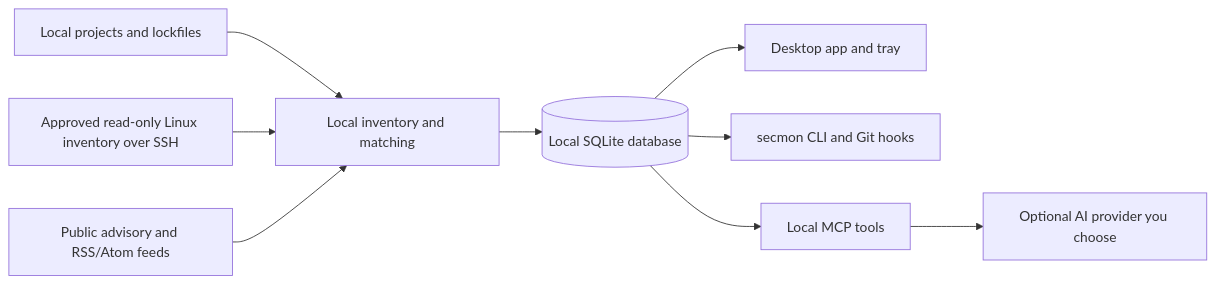
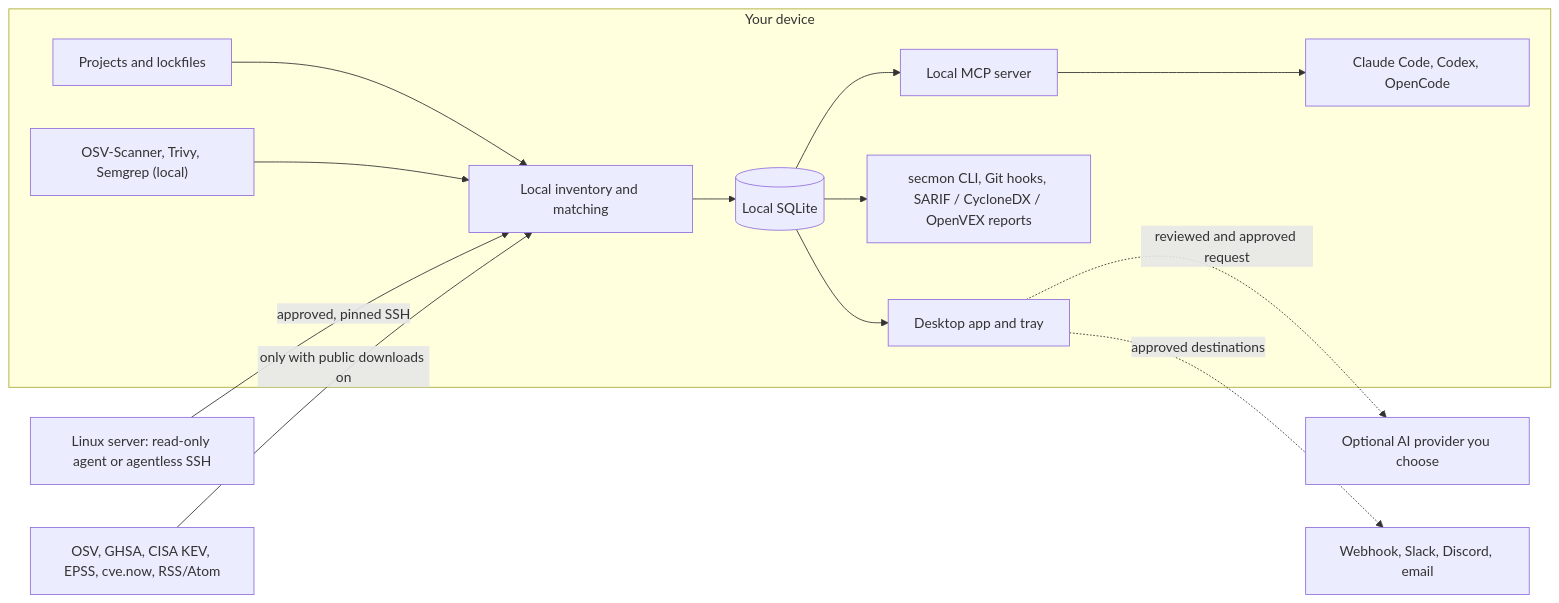
Before and after one commit to umitaltinozzz/security-monitor: the diagram in README.md, drawn with Mermaid. The commit also changed 1 other file, not shown here.

Commit message:
docs(readme): show full data flow in how-it-works diagram

````diff
--- a/README.md
+++ b/README.md
@@ -55,11 +55,16 @@
 ```mermaid
 flowchart LR
-  Repo[Local projects and lockfiles] --> Local[Local inventory and matching]
-  Host[Approved read-only Linux inventory over SSH] --> Local
-  Feeds[Public advisory and RSS/Atom feeds] --> Local
-  Local --> Store[(Local SQLite database)]
-  Store --> Desktop[Desktop app and tray]
-  Store --> CLI[secmon CLI and Git hooks]
-  Store --> MCP[Local MCP tools]
-  MCP --> AI[Optional AI provider you choose]
+  subgraph Device["Your device"]
+    Repo["Projects and lockfiles"] --> Engine["Local inventory and matching"]
+    Scanners["OSV-Scanner, Trivy, Semgrep (local)"] --> Engine
+    Engine --> Store[("Local SQLite")]
+    Store --> Desktop["Desktop app and tray"]
+    Store --> CLI["secmon CLI, Git hooks, SARIF / CycloneDX / OpenVEX reports"]
+    Store --> MCP["Local MCP server"]
+    MCP --> Agents["Claude Code, Codex, OpenCode"]
+  end
+  Server["Linux server: read-only agent or agentless SSH"] -- "approved, pinned SSH" --> Engine
+  Feeds["OSV, GHSA, CISA KEV, EPSS, cve.now, RSS/Atom"] -- "only with public downloads on" --> Engine
+  Desktop -. "reviewed and approved request" .-> AI["Optional AI provider you choose"]
+  Desktop -. "approved destinations" .-> Notify["Webhook, Slack, Discord, email"]
 ```
````
